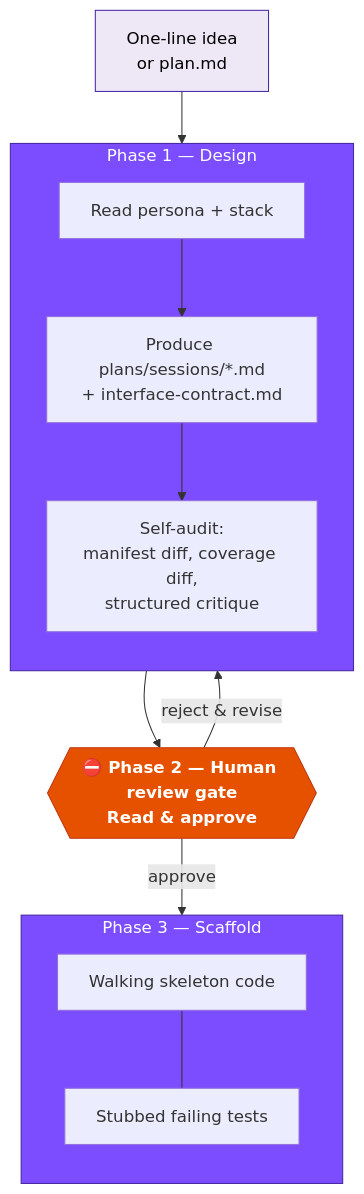
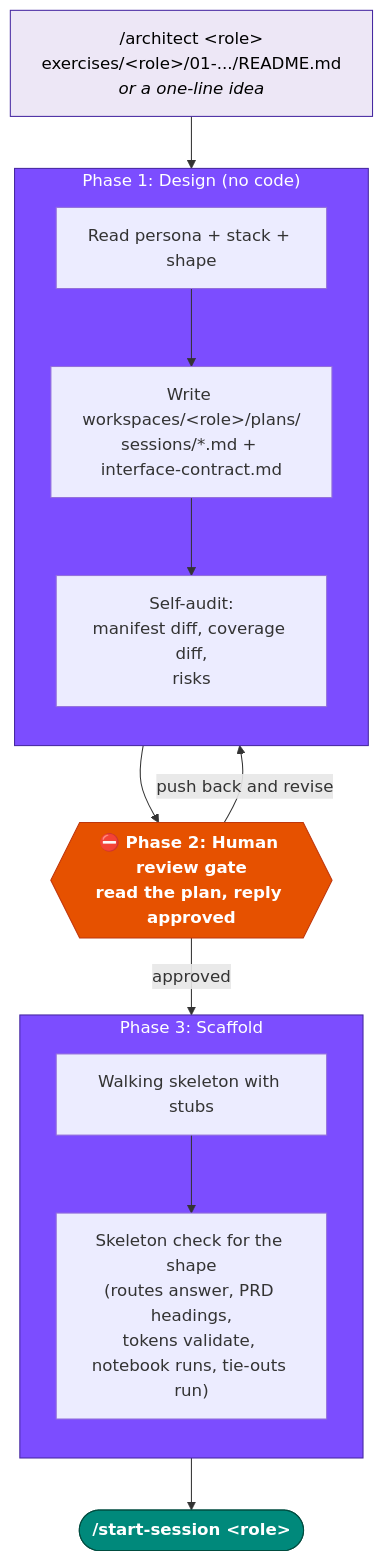
One commit to axel-sirota/cursor-course-templates changed the diagram in materials/diagrams/d05-architect-gated-flow.mmd. Above: the diagram before and after it, drawn with Mermaid. The commit also changed 58 other files, not shown here.

First line of the commit message:
feat(intuit): enforce persona flow gates, fix slide diagrams, add basic concepts section

```diff
--- a/materials/diagrams/d05-architect-gated-flow.mmd
+++ b/materials/diagrams/d05-architect-gated-flow.mmd
@@ -1,31 +1,36 @@
 flowchart TB
-  IDEA["One-line idea<br/>or plan.md"]
+  IDEA["/architect &lt;role&gt;<br/>exercises/&lt;role&gt;/01-.../README.md<br/><i>or a one-line idea</i>"]
 
-  subgraph P1["Phase 1 — Design"]
+  subgraph P1["Phase 1: Design (no code)"]
     direction TB
-    D1[Read persona + stack]
-    D2["Produce plans/sessions/*.md<br/>+ interface-contract.md"]
-    D3[Self-audit:<br/>manifest diff, coverage diff,<br/>structured critique]
+    D1["Read persona + stack + shape"]
+    D2["Write workspaces/&lt;role&gt;/plans/<br/>sessions/*.md + interface-contract.md"]
+    D3["Self-audit:<br/>manifest diff, coverage diff,<br/>risks"]
     D1 --> D2 --> D3
   end
 
-  GATE{{"⛔ Phase 2 — Human review gate<br/>Read &amp; approve"}}
+  GATE{{"⛔ Phase 2: Human review gate<br/>read the plan, reply approved"}}
 
-  subgraph P3["Phase 3 — Scaffold"]
+  subgraph P3["Phase 3: Scaffold"]
     direction TB
-    S1[Walking skeleton code]
-    S2[Stubbed failing tests]
-    S1 --- S2
+    S1["Walking skeleton with stubs"]
+    S2["Skeleton check for the shape<br/>(routes answer, PRD headings,<br/>tokens validate, notebook runs, tie-outs run)"]
+    S1 --> S2
   end
+
+  NEXT(["/start-session &lt;role&gt;"])
 
   IDEA --> P1
   P1 --> GATE
-  GATE -->|approve| P3
-  GATE -->|reject &amp; revise| P1
+  GATE -->|approved| P3
+  GATE -->|push back and revise| P1
+  P3 --> NEXT
 
   classDef phase fill:#7c4dff,stroke:#4527a0,color:#fff;
   classDef gate fill:#e65100,stroke:#bf360c,color:#fff,font-weight:bold;
   classDef idea fill:#ede7f6,stroke:#4527a0,color:#000;
+  classDef loop fill:#00897b,stroke:#004d40,color:#fff,font-weight:bold;
   class P1,P3 phase;
   class GATE gate;
   class IDEA idea;
+  class NEXT loop;
```
